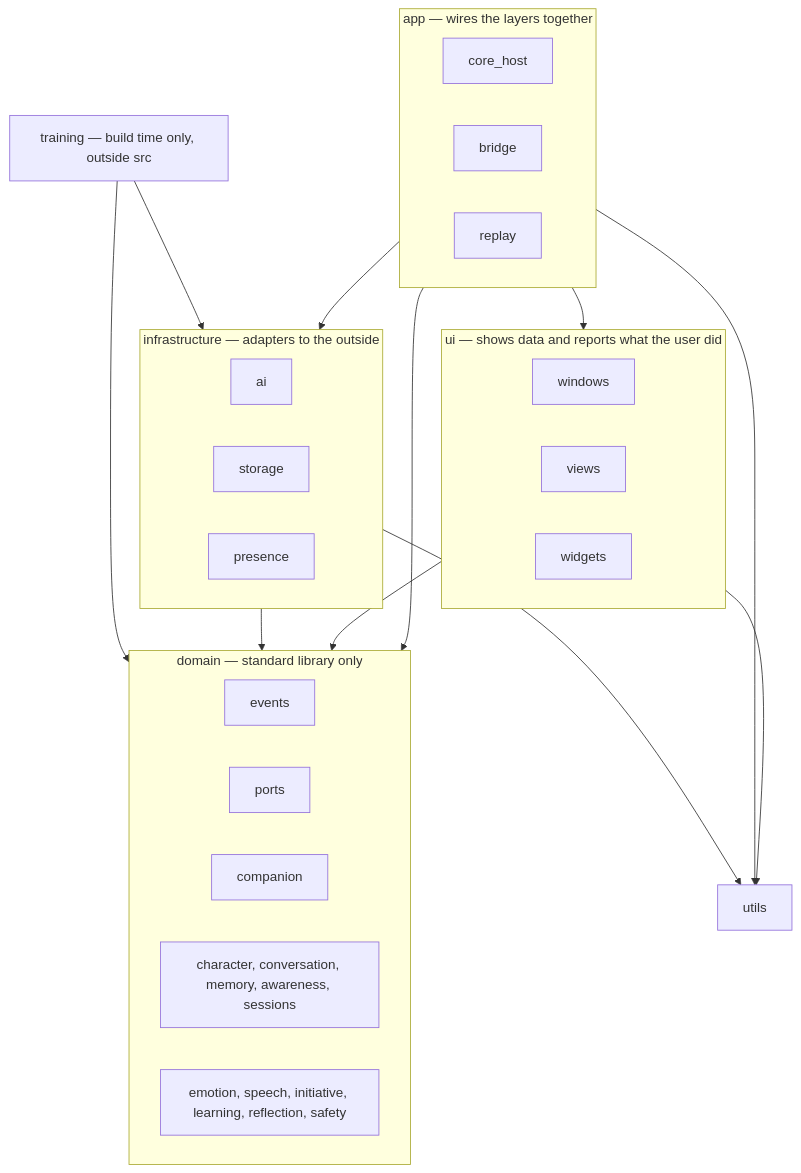
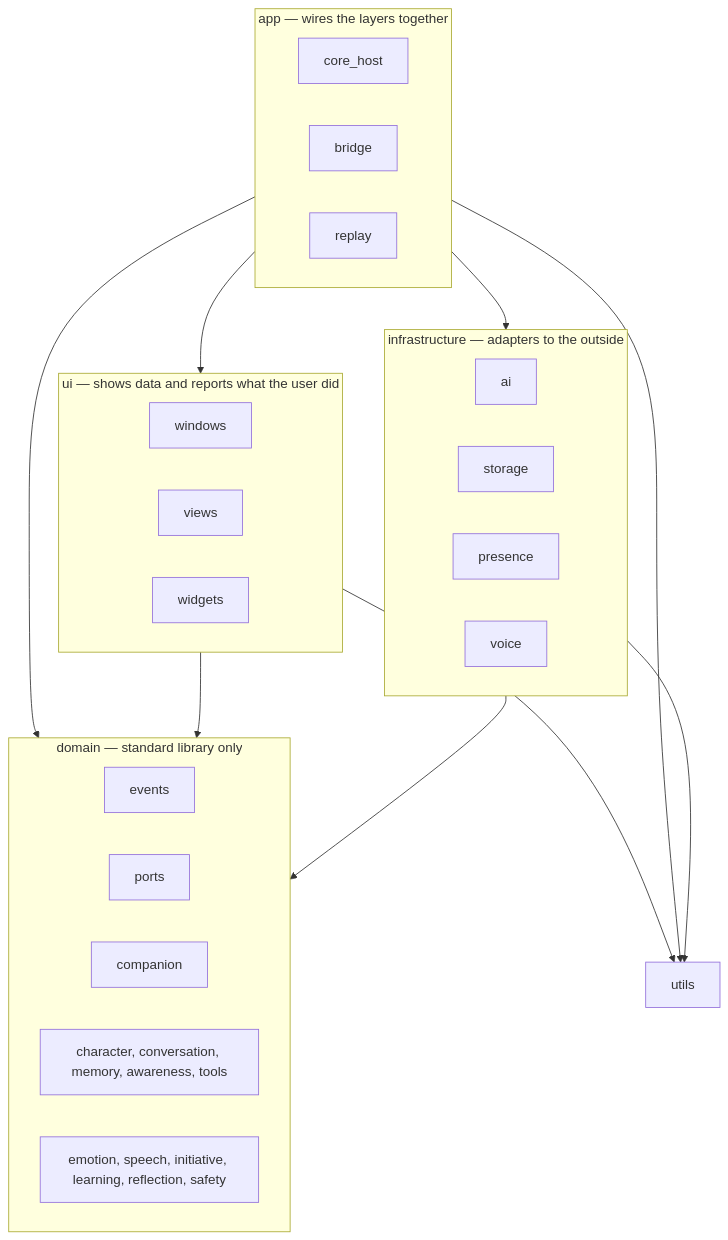
The first of 48 diagrams in docs/architecture/ARCHITECTURE.md (NguyenVu04/cognia), drawn with Mermaid before and after one commit. The commit also changed other lines of this file and 83 other files, not shown here.

Commit message:
feat(adr): add new ADRs for runtime tools and voice input/output; revise existing ADR chore(sonar): update sonar project properties to streamline source and test paths

````diff
--- a/docs/architecture/ARCHITECTURE.md
+++ b/docs/architecture/ARCHITECTURE.md
@@ -291,42 +301,40 @@
 ```mermaid
 flowchart TB
     subgraph ui["ui — shows data and reports what the user did"]
         windows["windows"]
         views["views"]
         widgets["widgets"]
     end
 
     subgraph app["app — wires the layers together"]
         core_host["core_host"]
         bridge["bridge"]
         replay["replay"]
     end
 
     subgraph domain["domain — standard library only"]
         events["events"]
         ports["ports"]
         companion["companion"]
-        features["character, conversation, memory, awareness, sessions"]
+        features["character, conversation, memory, awareness, tools"]
         behaviour["emotion, speech, initiative, learning, reflection, safety"]
     end
 
     subgraph infrastructure["infrastructure — adapters to the outside"]
         ai["ai"]
         storage["storage"]
         presence["presence"]
+        voice["voice"]
     end
 
     utils["utils"]
-    training["training — build time only, outside src"]
 
     app --> ui
     app --> domain
     app --> infrastructure
     ui --> domain
     infrastructure --> domain
     ui --> utils
     app --> utils
     infrastructure --> utils
-    training --> domain
-    training --> infrastructure
 ```
````
